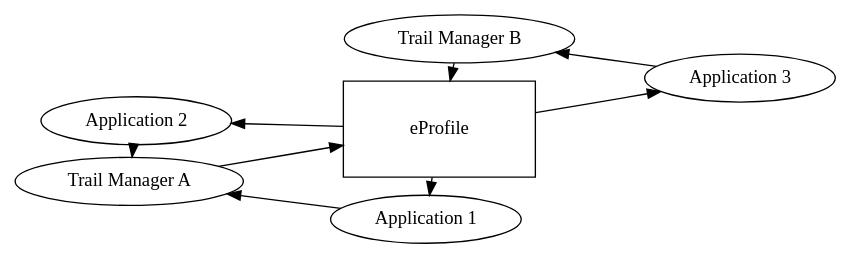
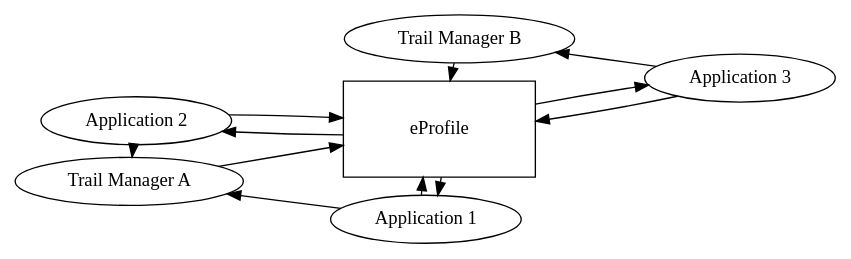
Before and after one commit to andrenho/andrenho: the diagram in academia/eprofile/graficos/modelo2.en.dot, drawn with Graphviz. The commit also changed 5 other files, not shown here.

```diff
--- a/academia/eprofile/graficos/modelo2.en.dot
+++ b/academia/eprofile/graficos/modelo2.en.dot
@@ -1,21 +1,24 @@
 digraph modelo2 {
 
   layout = fdp;
   sep = 0.25;
 
   eProfile [shape=box,width=2,height=1];
 
   "Application 1" -> "Trail Manager A";
   "Application 2" -> "Trail Manager A";
   "Application 3" -> "Trail Manager B";
   "Trail Manager A" -> eProfile;
   "Trail Manager B" -> eProfile;
   eProfile -> "Application 1";
   eProfile -> "Application 2";
   eProfile -> "Application 3";
+  "Application 1" -> eProfile;
+  "Application 2" -> eProfile;
+  "Application 3" -> eProfile;
 
   fontsize = 12;
 
   rankdir = LR;
 
 }
```
